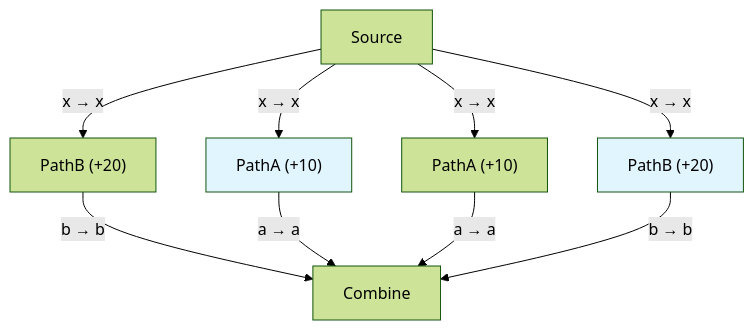
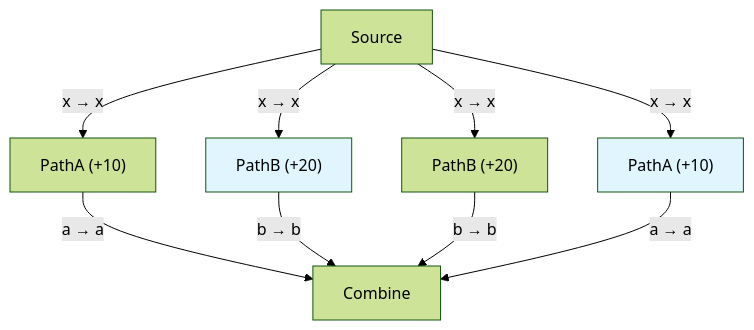
Before and after one commit to briday1/graph-sp: the third of 6 diagrams in README_PYPI.md, drawn with Mermaid (forest theme). The commit also changed other lines of this file and 3 other files, not shown here.

````diff
--- a/README_PYPI.md
+++ b/README_PYPI.md
@@ -233,19 +233,19 @@
 ```mermaid
 graph TD
 0["Source"]
 1["PathA (+10)"]
 2["PathB (+20)"]
 3["Combine"]
 4["PathA (+10)"]
 5["PathB (+20)"]
 0 -->|x → x| 1
 0 -->|x → x| 2
+4 -->|a → a| 3
+2 -->|b → b| 3
 5 -->|b → b| 3
 1 -->|a → a| 3
-4 -->|a → a| 3
-2 -->|b → b| 3
 0 -->|x → x| 4
 0 -->|x → x| 5
 style 1 fill:#e1f5ff
 style 2 fill:#e1f5ff
 ```
````
